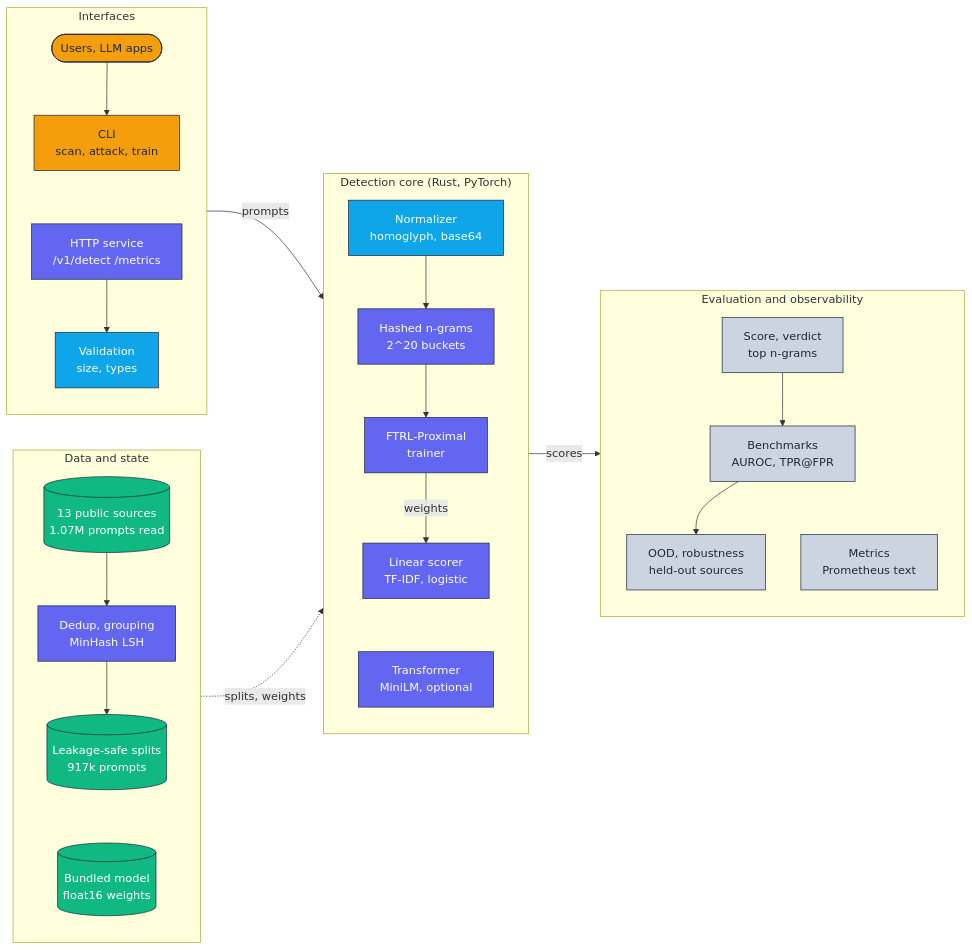
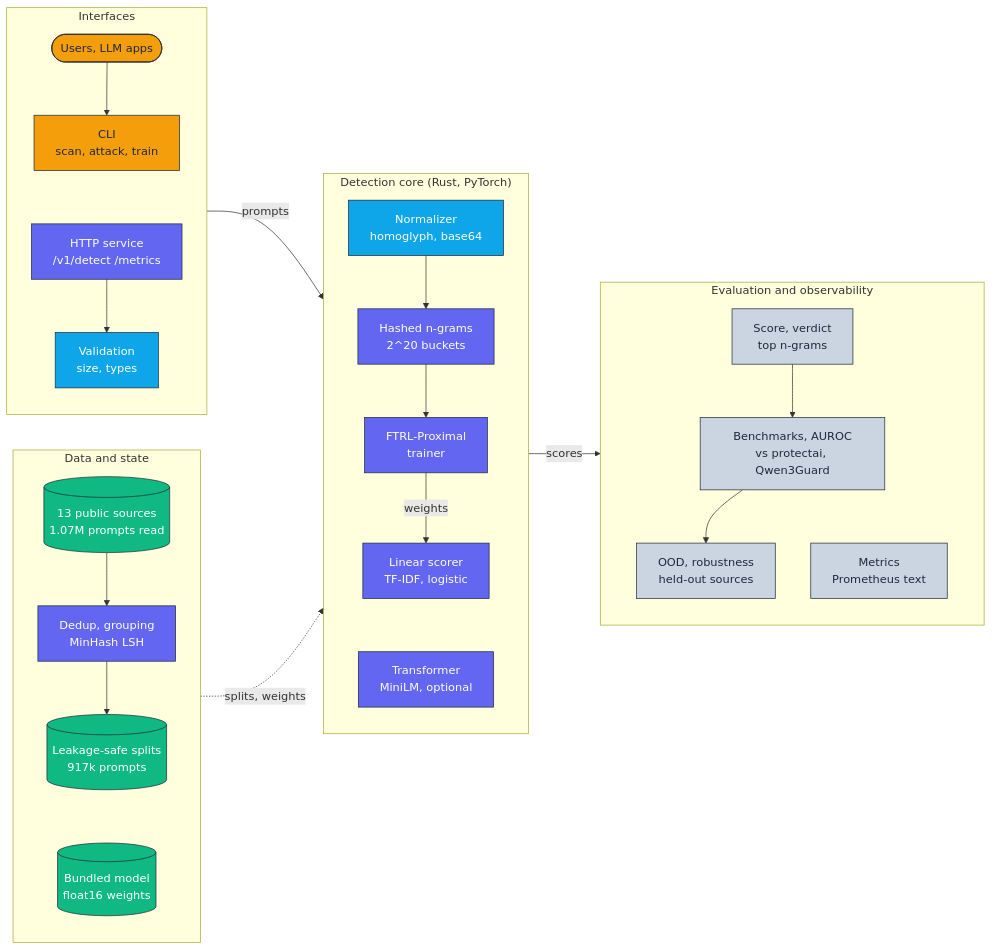
The diagram in docs/architecture/architecture.mmd (adeoluo/prompt-injection-detector), drawn with Mermaid before and after one commit. The commit also changed 2 other files, not shown here.

Commit message:
docs: Qwen3Guard comparison in the architecture diagram and walkthrough

```diff
--- a/docs/architecture/architecture.mmd
+++ b/docs/architecture/architecture.mmd
@@ -1,48 +1,48 @@
 flowchart LR
     classDef edge     fill:#F59E0B,stroke:#1E293B,color:#1E293B,stroke-width:1px;
     classDef core     fill:#6366F1,stroke:#1E293B,color:#ffffff,stroke-width:1px;
     classDef data     fill:#10B981,stroke:#1E293B,color:#ffffff,stroke-width:1px;
     classDef control  fill:#0EA5E9,stroke:#1E293B,color:#ffffff,stroke-width:1px;
     classDef obs      fill:#CBD5E1,stroke:#1E293B,color:#1E293B,stroke-width:1px;
 
     subgraph Interfaces["Interfaces"]
         direction TB
         Users([Users, LLM apps]):::edge
         CLI["CLI<br/>scan, attack, train"]:::edge
         Service["HTTP service<br/>/v1/detect /metrics"]:::core
         Validate["Validation<br/>size, types"]:::control
         Users --> CLI ~~~ Service --> Validate
     end
 
     subgraph State["Data and state"]
         direction TB
         Sources[("13 public sources<br/>1.07M prompts read")]:::data
         Dedup["Dedup, grouping<br/>MinHash LSH"]:::core
         Splits[("Leakage-safe splits<br/>917k prompts")]:::data
         Model[("Bundled model<br/>float16 weights")]:::data
         Sources --> Dedup --> Splits ~~~ Model
     end
 
     subgraph Core["Detection core (Rust, PyTorch)"]
         direction TB
         Normalize["Normalizer<br/>homoglyph, base64"]:::control
         Features["Hashed n-grams<br/>2^20 buckets"]:::core
         Trainer["FTRL-Proximal<br/>trainer"]:::core
         Scorer["Linear scorer<br/>TF-IDF, logistic"]:::core
         Transformer["Transformer<br/>MiniLM, optional"]:::core
         Normalize --> Features --> Trainer -->|weights| Scorer ~~~ Transformer
     end
 
     subgraph Obs["Evaluation and observability"]
         direction TB
         Verdict["Score, verdict<br/>top n-grams"]:::obs
-        Bench["Benchmarks<br/>AUROC, TPR@FPR"]:::obs
+        Bench["Benchmarks, AUROC<br/>vs protectai, Qwen3Guard"]:::obs
         Robust["OOD, robustness<br/>held-out sources"]:::obs
         Metrics["Metrics<br/>Prometheus text"]:::obs
         Verdict --> Bench --> Robust
         Bench ~~~ Metrics
     end
 
     Interfaces -->|prompts| Core
     State -.->|splits, weights| Core
     Core -->|scores| Obs
```
